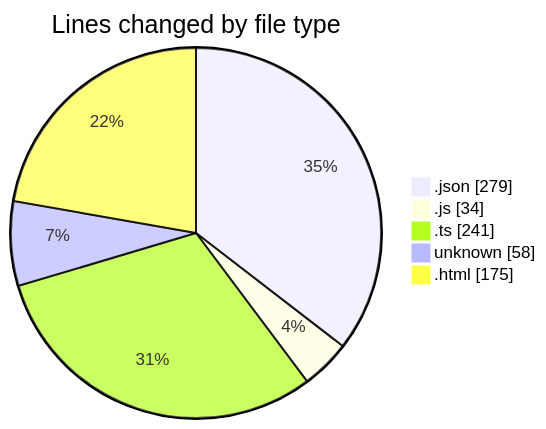
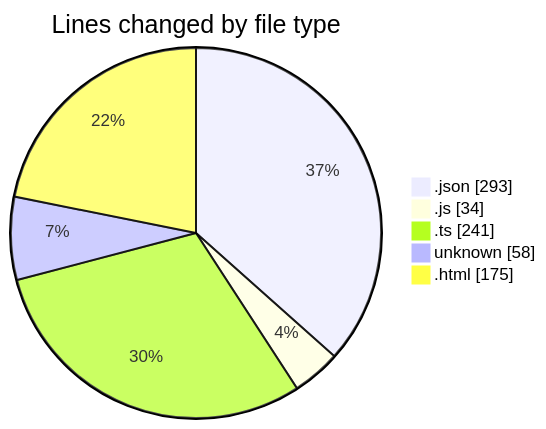
The first of 2 diagrams in 2025-05-12/news-clock-system-caspercg/README.md (momahboobian/code-tracking), drawn with Mermaid before and after one commit. The commit also changed other lines of this file and 1 other file, not shown here.

````diff
--- a/2025-05-12/news-clock-system-caspercg/README.md
+++ b/2025-05-12/news-clock-system-caspercg/README.md
@@ -32,9 +32,9 @@
 ```mermaid
 pie showData
 title Lines changed by file type
-".json" : 279
+".json" : 293
 ".js" : 34
 ".ts" : 241
 "unknown" : 58
 ".html" : 175
 ```
````
